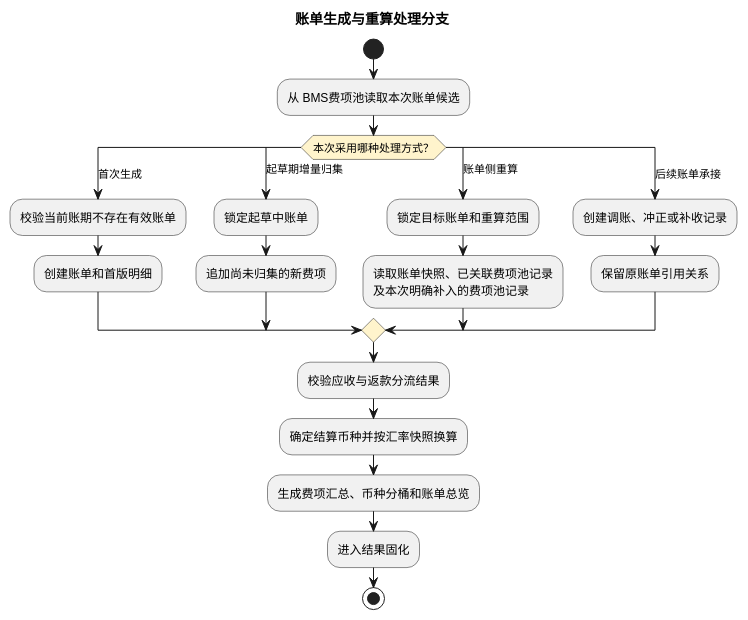
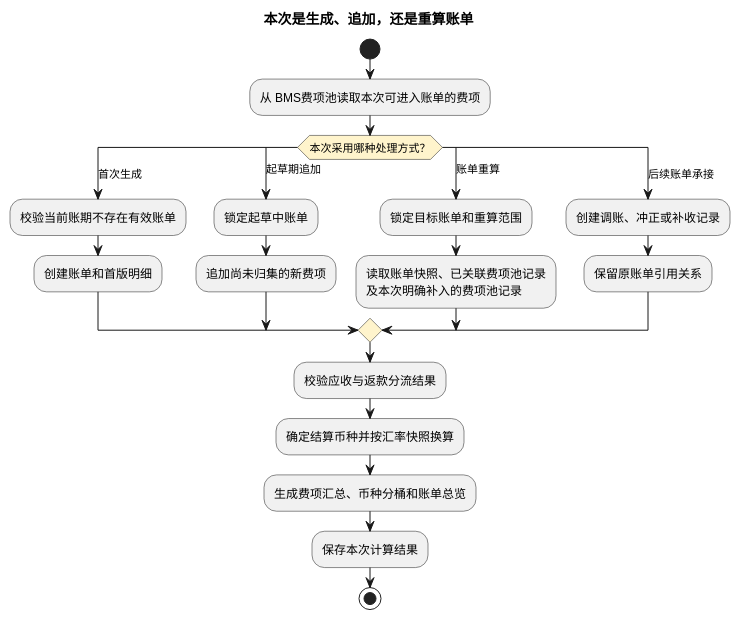
The ninth of 20 diagrams in product-caliber/bms/prd/财务系统.PRD.md (jack888332/projects-doc), drawn with PlantUML before and after one commit. The commit also changed other lines of this file and 1 other file, not shown here.

````diff
--- a/product-caliber/bms/prd/财务系统.PRD.md
+++ b/product-caliber/bms/prd/财务系统.PRD.md
@@ -1130,30 +1139,30 @@
 ```plantuml
 @startuml
-title 账单生成与重算处理分支
+title 本次是生成、追加，还是重算账单
 skinparam activityDiamondBackgroundColor #FFF4CC
 
 start
-:从 BMS费项池读取本次账单候选;
+:从 BMS费项池读取本次可进入账单的费项;
 
 switch (本次采用哪种处理方式？)
 case (首次生成)
   :校验当前账期不存在有效账单;
   :创建账单和首版明细;
-case (起草期增量归集)
+case (起草期追加)
   :锁定起草中账单;
   :追加尚未归集的新费项;
-case (账单侧重算)
+case (账单重算)
   :锁定目标账单和重算范围;
   :读取账单快照、已关联费项池记录\n及本次明确补入的费项池记录;
 case (后续账单承接)
   :创建调账、冲正或补收记录;
   :保留原账单引用关系;
 endswitch
 
 :校验应收与返款分流结果;
 :确定结算币种并按汇率快照换算;
 :生成费项汇总、币种分桶和账单总览;
-:进入结果固化;
+:保存本次计算结果;
 stop
 @enduml
 ```
````
